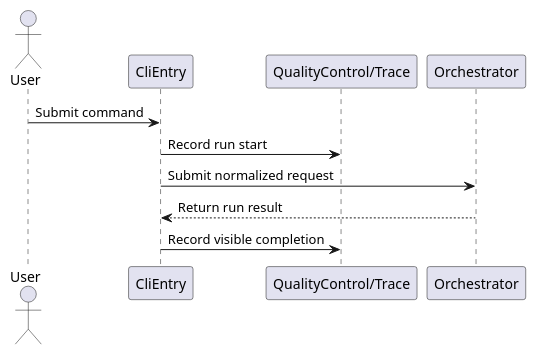
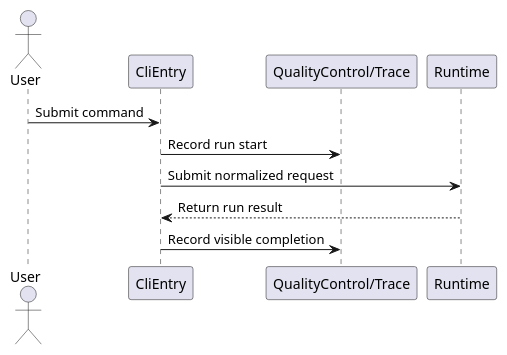
Before and after one commit to lucky-chen/ai_workflow_travel: the second of 4 diagrams in project_layer/docs/breakdown_docs/cli_entry_design.md, drawn with PlantUML. The commit also changed other lines of this file and 16 other files, not shown here.

````diff
--- a/project_layer/docs/breakdown_docs/cli_entry_design.md
+++ b/project_layer/docs/breakdown_docs/cli_entry_design.md
@@ -87,14 +90,14 @@
 ```plantuml
 @startuml
 actor User
 participant CliEntry
 participant "QualityControl/Trace" as Trace
-participant Orchestrator
+participant Runtime
 
 User -> CliEntry: Submit command
 CliEntry -> Trace: Record run start
-CliEntry -> Orchestrator: Submit normalized request
-Orchestrator --> CliEntry: Return run result
+CliEntry -> Runtime: Submit normalized request
+Runtime --> CliEntry: Return run result
 CliEntry -> Trace: Record visible completion
 @enduml
 ```
````
